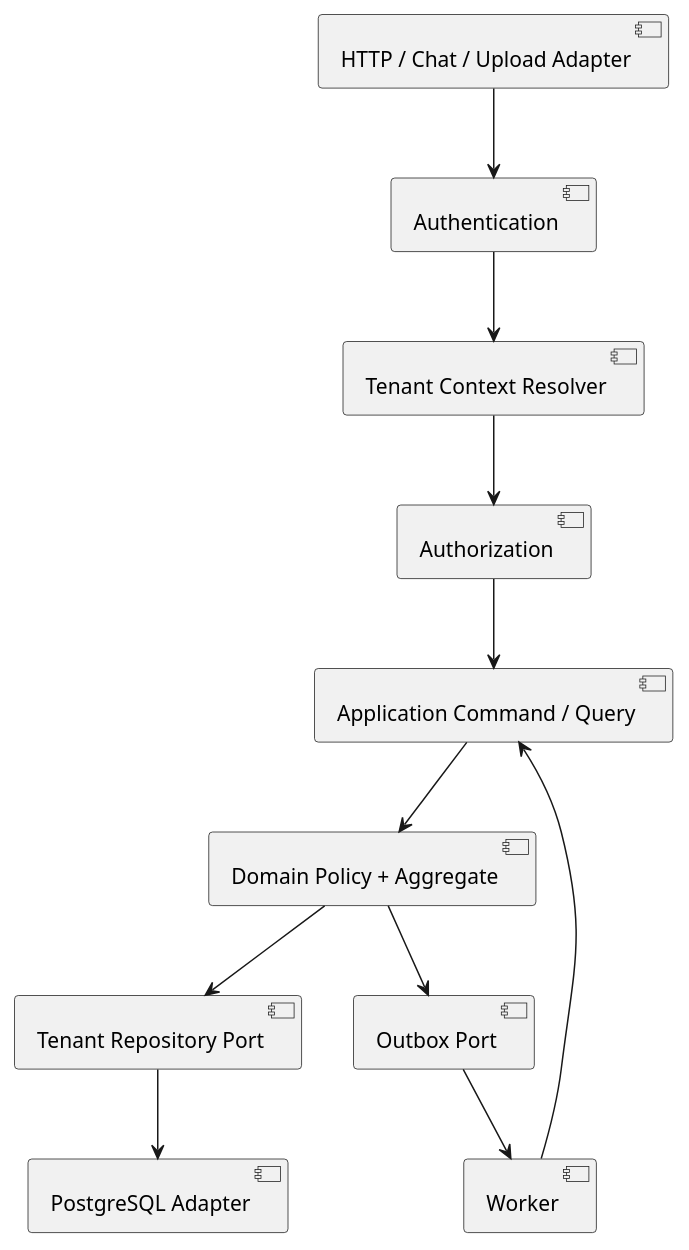
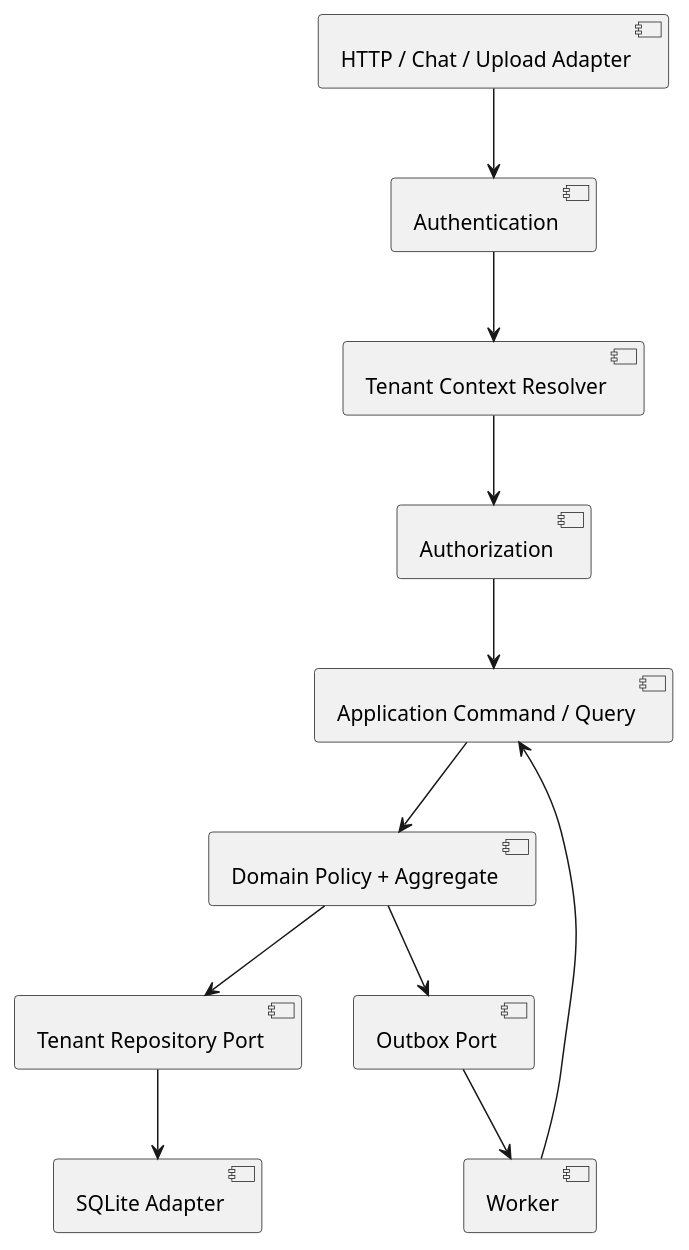
Before and after one commit to 21f2000372/ai-home-manager: the diagram in docs/design/backend/backend-module-design.md, drawn with PlantUML. The commit also changed other lines of this file and 5 other files, not shown here.

````diff
--- a/docs/design/backend/backend-module-design.md
+++ b/docs/design/backend/backend-module-design.md
@@ -17,28 +17,28 @@
 ```plantuml
 @startuml
 skinparam componentStyle uml2
 skinparam shadowing false
 
 component "HTTP / Chat / Upload Adapter" as Adapter
 component "Authentication" as Identity
 component "Tenant Context Resolver" as Tenant
 component "Authorization" as Auth
 component "Application Command / Query" as App
 component "Domain Policy + Aggregate" as Domain
 component "Tenant Repository Port" as Repository
-component "PostgreSQL Adapter" as Postgres
+component "SQLite Adapter" as Sqlite
 component "Outbox Port" as Outbox
 component "Worker" as Worker
 
 Adapter --> Identity
 Identity --> Tenant
 Tenant --> Auth
 Auth --> App
 App --> Domain
 Domain --> Repository
-Repository --> Postgres
+Repository --> Sqlite
 Domain --> Outbox
 Outbox --> Worker
 Worker --> App
 @enduml
 ```
````
